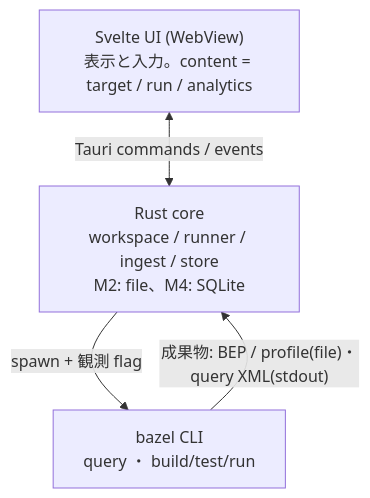
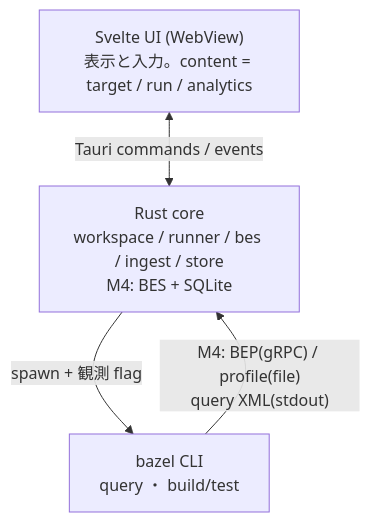
Before and after one commit to OhataKenji/zeal: the diagram in docs/design/overview.md, drawn with Mermaid. The commit also changed other lines of this file and 35 other files, not shown here.

Commit message:
Record completed Bazel invocations through local BES

````diff
--- a/docs/design/overview.md
+++ b/docs/design/overview.md
@@ -47,9 +49,9 @@
 ```mermaid
 flowchart TD
     UI["Svelte UI (WebView)<br/>表示と入力。content = target / run / analytics"]
-    CORE["Rust core<br/>workspace / runner / ingest / store<br/>M2: file、M4: SQLite"]
-    BAZEL["bazel CLI<br/>query ・ build/test/run"]
+    CORE["Rust core<br/>workspace / runner / bes / ingest / store<br/>M4: BES + SQLite"]
+    BAZEL["bazel CLI<br/>query ・ build/test"]
     UI <-->|"Tauri commands / events"| CORE
     CORE -->|"spawn + 観測 flag"| BAZEL
-    BAZEL -->|"成果物: BEP / profile(file)・query XML(stdout)"| CORE
+    BAZEL -->|"M4: BEP(gRPC) / profile(file)<br/>query XML(stdout)"| CORE
 ```
````
